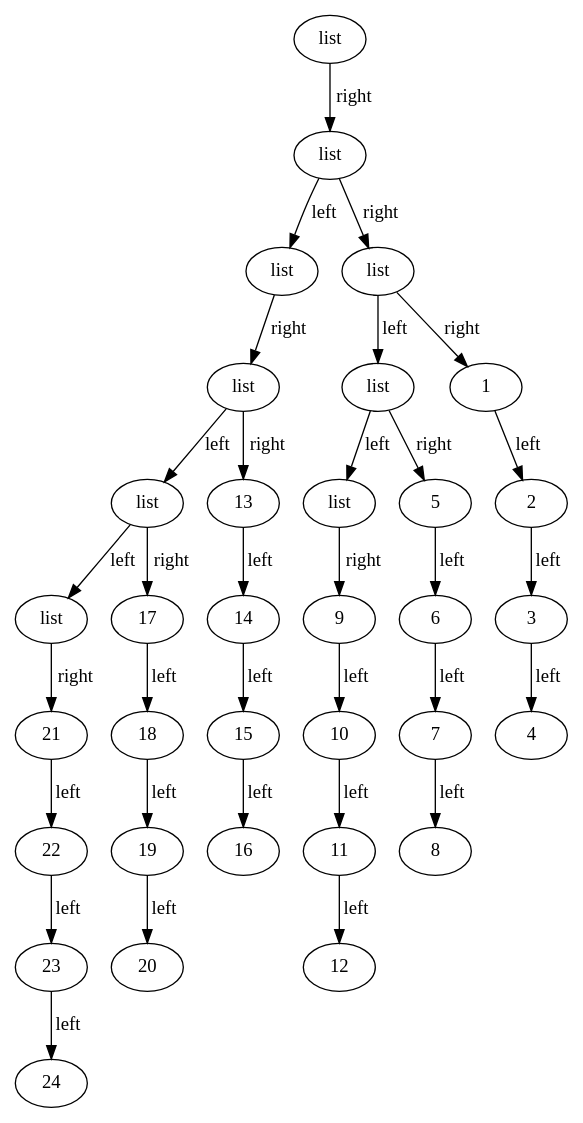
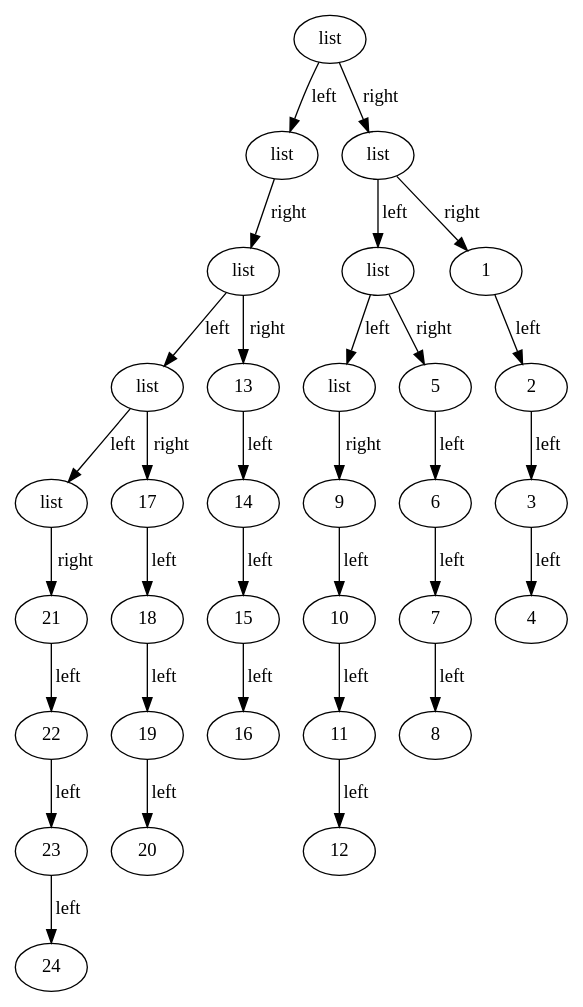
The diagram in bin/tree.dot (sebsra/EduLang), drawn with Graphviz before and after one commit. The commit also changed 3 other files, not shown here.

```diff
--- a/bin/tree.dot
+++ b/bin/tree.dot
@@ -1,67 +1,65 @@
 digraph G {
-"000001B625EF6A00" [label="list"];
-"000001B625EF6A00" -> "000001B625EF7000" [label="right"];
-"000001B625EF7000" [label="list"];
-"000001B625EF7000" -> "000001B625EF6AA0" [label="left"];
-"000001B625EF6AA0" [label="list"];
-"000001B625EF6AA0" -> "000001B625EF6BC0" [label="right"];
-"000001B625EF6BC0" [label="list"];
-"000001B625EF6BC0" -> "000001B625EF6FC0" [label="left"];
-"000001B625EF6FC0" [label="list"];
-"000001B625EF6FC0" -> "000001B625EF6A60" [label="left"];
-"000001B625EF6A60" [label="list"];
-"000001B625EF6A60" -> "000001B625EF68C0" [label="right"];
-"000001B625EF68C0" [label="21"];
-"000001B625EF68C0" -> "000001B625EF68E0" [label="left"];
-"000001B625EF68E0" [label="22"];
-"000001B625EF68E0" -> "000001B625EF6DC0" [label="left"];
-"000001B625EF6DC0" [label="23"];
-"000001B625EF6DC0" -> "000001B625EF69E0" [label="left"];
-"000001B625EF69E0" [label="24"];
-"000001B625EF6FC0" -> "000001B625EF6F00" [label="right"];
-"000001B625EF6F00" [label="17"];
-"000001B625EF6F00" -> "000001B625EF6940" [label="left"];
-"000001B625EF6940" [label="18"];
-"000001B625EF6940" -> "000001B625EF6D40" [label="left"];
-"000001B625EF6D40" [label="19"];
-"000001B625EF6D40" -> "000001B625EF6FA0" [label="left"];
-"000001B625EF6FA0" [label="20"];
-"000001B625EF6BC0" -> "000001B625EF6E40" [label="right"];
-"000001B625EF6E40" [label="13"];
-"000001B625EF6E40" -> "000001B625EF6FE0" [label="left"];
-"000001B625EF6FE0" [label="14"];
-"000001B625EF6FE0" -> "000001B625EF6DA0" [label="left"];
-"000001B625EF6DA0" [label="15"];
-"000001B625EF6DA0" -> "000001B625EF69C0" [label="left"];
-"000001B625EF69C0" [label="16"];
-"000001B625EF7000" -> "000001B625EF6DE0" [label="right"];
-"000001B625EF6DE0" [label="list"];
-"000001B625EF6DE0" -> "000001B625EF6A80" [label="left"];
-"000001B625EF6A80" [label="list"];
-"000001B625EF6A80" -> "000001B625EF6B00" [label="left"];
-"000001B625EF6B00" [label="list"];
-"000001B625EF6B00" -> "000001B625EF6D20" [label="right"];
-"000001B625EF6D20" [label="9"];
-"000001B625EF6D20" -> "000001B625EF6E00" [label="left"];
-"000001B625EF6E00" [label="10"];
-"000001B625EF6E00" -> "000001B625EF6900" [label="left"];
-"000001B625EF6900" [label="11"];
-"000001B625EF6900" -> "000001B625EF6F80" [label="left"];
-"000001B625EF6F80" [label="12"];
-"000001B625EF6A80" -> "000001B625EF69A0" [label="right"];
-"000001B625EF69A0" [label="5"];
-"000001B625EF69A0" -> "000001B625EF6CE0" [label="left"];
-"000001B625EF6CE0" [label="6"];
-"000001B625EF6CE0" -> "000001B625EF6EE0" [label="left"];
-"000001B625EF6EE0" [label="7"];
-"000001B625EF6EE0" -> "000001B625EF6EC0" [label="left"];
-"000001B625EF6EC0" [label="8"];
-"000001B625EF6DE0" -> "000001B625EF6F40" [label="right"];
-"000001B625EF6F40" [label="1"];
-"000001B625EF6F40" -> "000001B625EF6D00" [label="left"];
-"000001B625EF6D00" [label="2"];
-"000001B625EF6D00" -> "000001B625EF6980" [label="left"];
-"000001B625EF6980" [label="3"];
-"000001B625EF6980" -> "000001B625EF68A0" [label="left"];
-"000001B625EF68A0" [label="4"];
+"000002743DB06DA0" [label="list"];
+"000002743DB06DA0" -> "000002743DB06B40" [label="left"];
+"000002743DB06B40" [label="list"];
+"000002743DB06B40" -> "000002743DB06B00" [label="right"];
+"000002743DB06B00" [label="list"];
+"000002743DB06B00" -> "000002743DB06F00" [label="left"];
+"000002743DB06F00" [label="list"];
+"000002743DB06F00" -> "000002743DB06DC0" [label="left"];
+"000002743DB06DC0" [label="list"];
+"000002743DB06DC0" -> "000002743DB06B80" [label="right"];
+"000002743DB06B80" [label="21"];
+"000002743DB06B80" -> "000002743DB06CC0" [label="left"];
+"000002743DB06CC0" [label="22"];
+"000002743DB06CC0" -> "000002743DB06940" [label="left"];
+"000002743DB06940" [label="23"];
+"000002743DB06940" -> "000002743DB068C0" [label="left"];
+"000002743DB068C0" [label="24"];
+"000002743DB06F00" -> "000002743DB06EC0" [label="right"];
+"000002743DB06EC0" [label="17"];
+"000002743DB06EC0" -> "000002743DB06D60" [label="left"];
+"000002743DB06D60" [label="18"];
+"000002743DB06D60" -> "000002743DB06FC0" [label="left"];
+"000002743DB06FC0" [label="19"];
+"000002743DB06FC0" -> "000002743DB06A20" [label="left"];
+"000002743DB06A20" [label="20"];
+"000002743DB06B00" -> "000002743DB06FA0" [label="right"];
+"000002743DB06FA0" [label="13"];
+"000002743DB06FA0" -> "000002743DB06C20" [label="left"];
+"000002743DB06C20" [label="14"];
+"000002743DB06C20" -> "000002743DB06A00" [label="left"];
+"000002743DB06A00" [label="15"];
+"000002743DB06A00" -> "000002743DB06C60" [label="left"];
+"000002743DB06C60" [label="16"];
+"000002743DB06DA0" -> "000002743DB06C80" [label="right"];
+"000002743DB06C80" [label="list"];
+"000002743DB06C80" -> "000002743DB06D40" [label="left"];
+"000002743DB06D40" [label="list"];
+"000002743DB06D40" -> "000002743DB06A40" [label="left"];
+"000002743DB06A40" [label="list"];
+"000002743DB06A40" -> "000002743DB06EA0" [label="right"];
+"000002743DB06EA0" [label="9"];
+"000002743DB06EA0" -> "000002743DB069C0" [label="left"];
+"000002743DB069C0" [label="10"];
+"000002743DB069C0" -> "000002743DB06E60" [label="left"];
+"000002743DB06E60" [label="11"];
+"000002743DB06E60" -> "000002743DB068E0" [label="left"];
+"000002743DB068E0" [label="12"];
+"000002743DB06D40" -> "000002743DB06CA0" [label="right"];
+"000002743DB06CA0" [label="5"];
+"000002743DB06CA0" -> "000002743DB06B20" [label="left"];
+"000002743DB06B20" [label="6"];
+"000002743DB06B20" -> "000002743DB06E80" [label="left"];
+"000002743DB06E80" [label="7"];
+"000002743DB06E80" -> "000002743DB06BC0" [label="left"];
+"000002743DB06BC0" [label="8"];
+"000002743DB06C80" -> "000002743DB06D00" [label="right"];
+"000002743DB06D00" [label="1"];
+"000002743DB06D00" -> "000002743DB06960" [label="left"];
+"000002743DB06960" [label="2"];
+"000002743DB06960" -> "000002743DB06BA0" [label="left"];
+"000002743DB06BA0" [label="3"];
+"000002743DB06BA0" -> "000002743DB06C40" [label="left"];
+"000002743DB06C40" [label="4"];
 }
```
